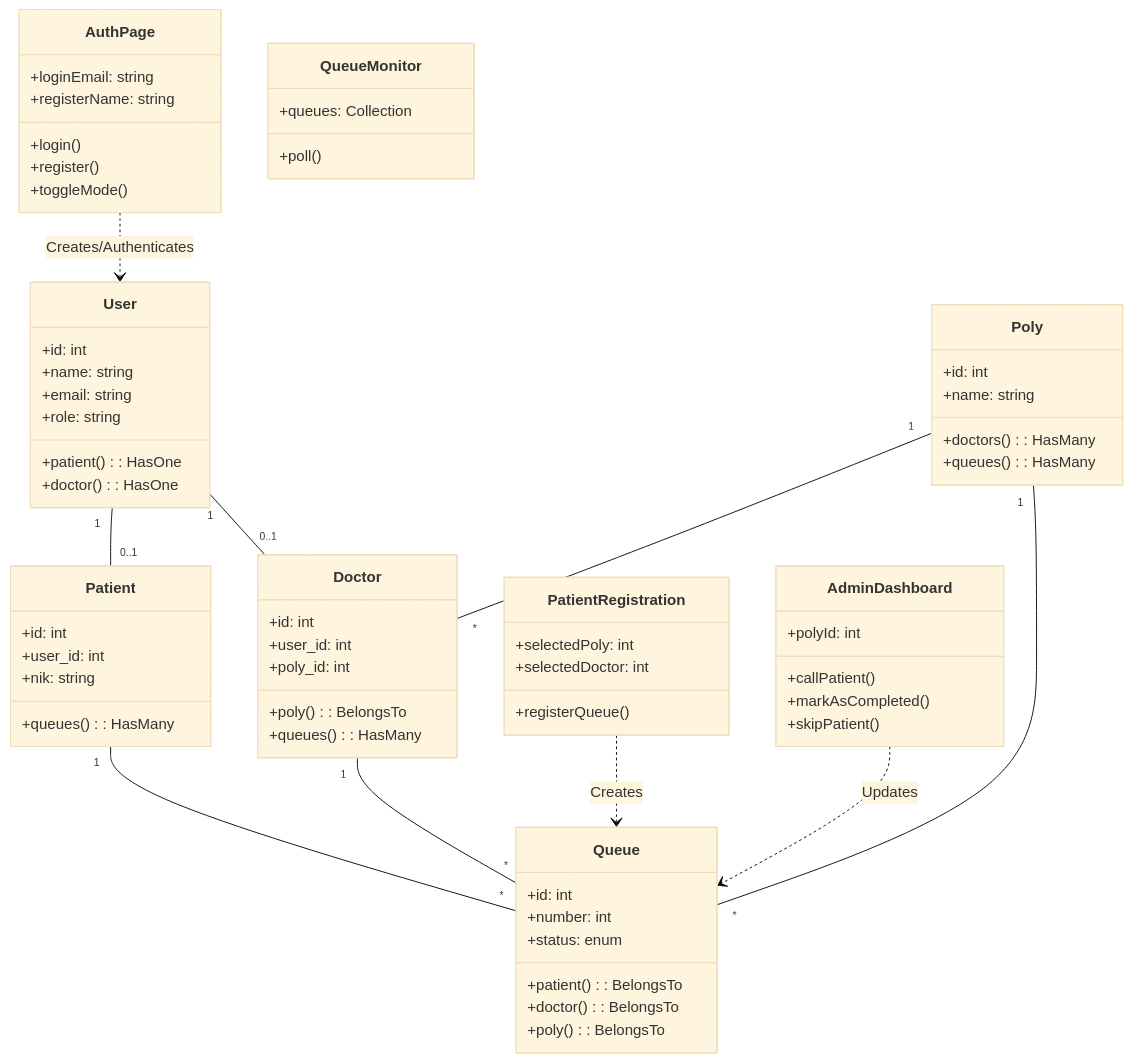
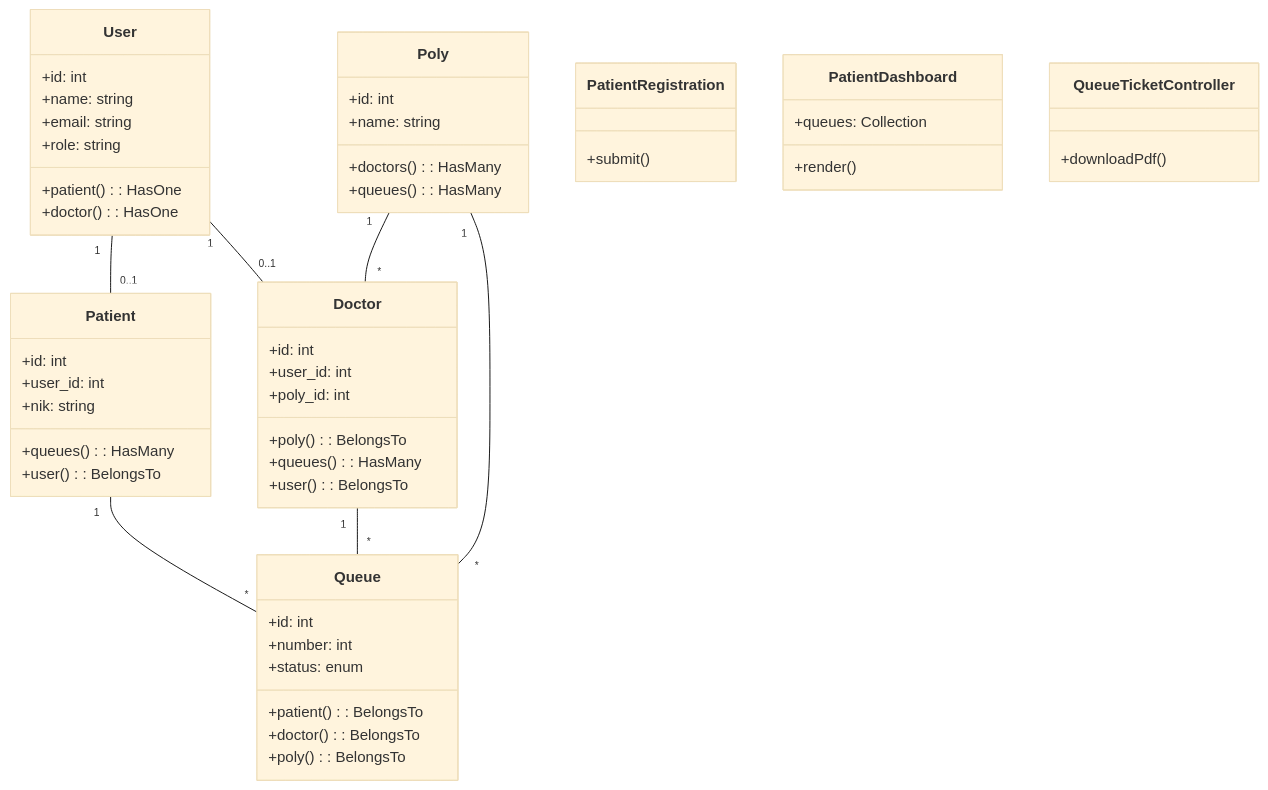
One commit to iqsanazhr/Puskesmas-Pendaftaran-dan-antrian changed the fifth of 5 diagrams in system_design.md. Above: the diagram before and after it, drawn with Mermaid (base theme). The commit also changed other lines of this file, not shown here.

Commit message:
Docs: Fix System Design diagrams syntax and remove interaction table

````diff
--- a/system_design.md
+++ b/system_design.md
@@ -232,79 +187,64 @@
 ```mermaid
 classDiagram
     class User {
         +id: int
         +name: string
         +email: string
         +role: string
         +patient(): HasOne
         +doctor(): HasOne
     }
 
     class Patient {
         +id: int
         +user_id: int
         +nik: string
         +queues(): HasMany
+        +user(): BelongsTo
     }
 
     class Doctor {
         +id: int
         +user_id: int
         +poly_id: int
         +poly(): BelongsTo
         +queues(): HasMany
+        +user(): BelongsTo
     }
 
     class Poly {
         +id: int
         +name: string
         +doctors(): HasMany
         +queues(): HasMany
     }
 
     class Queue {
         +id: int
         +number: int
         +status: enum
         +patient(): BelongsTo
         +doctor(): BelongsTo
         +poly(): BelongsTo
     }
 
-    class AuthPage {
-        +loginEmail: string
-        +registerName: string
-        +login()
-        +register()
-        +toggleMode()
+    class PatientRegistration {
+        +submit()
     }
 
-    class PatientRegistration {
-        +selectedPoly: int
-        +selectedDoctor: int
-        +registerQueue()
+    class PatientDashboard {
+        +queues: Collection
+        +render()
     }
 
-    class QueueMonitor {
-        +queues: Collection
-        +poll()
-    }
-
-    class AdminDashboard {
-        +polyId: int
-        +callPatient()
-        +markAsCompleted()
-        +skipPatient()
+    class QueueTicketController {
+        +downloadPdf()
     }
 
     User "1" -- "0..1" Patient
     User "1" -- "0..1" Doctor
     Doctor "1" -- "*" Queue
     Patient "1" -- "*" Queue
     Poly "1" -- "*" Doctor
     Poly "1" -- "*" Queue
-
-    AuthPage ..> User : Creates/Authenticates
-    PatientRegistration ..> Queue : Creates
-    AdminDashboard ..> Queue : Updates
 ```
````
